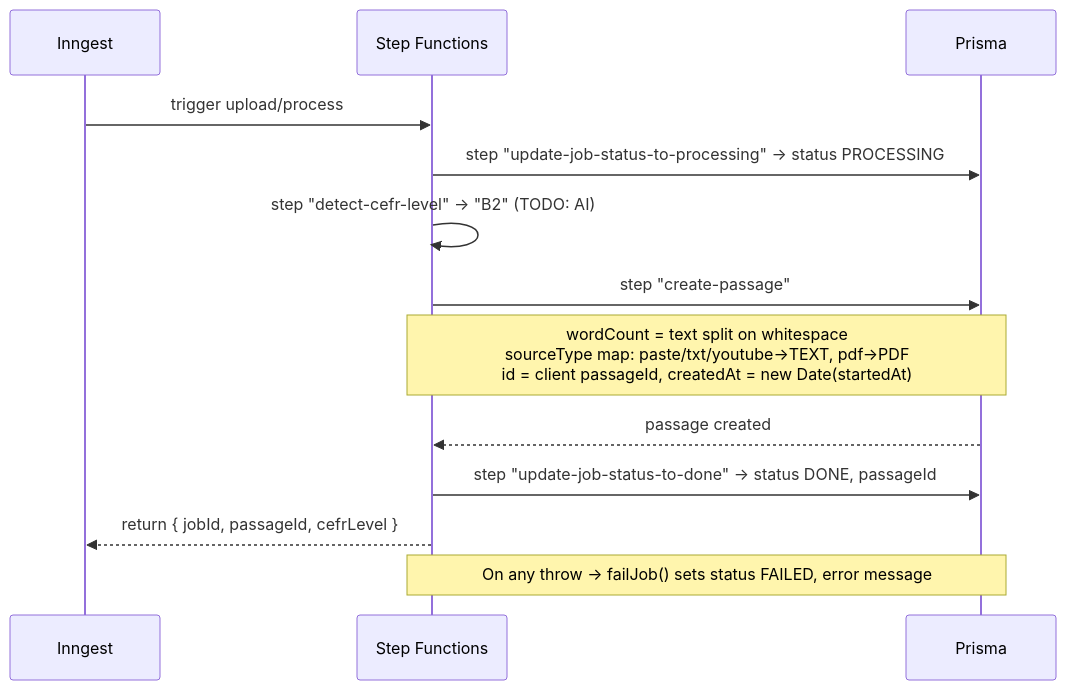
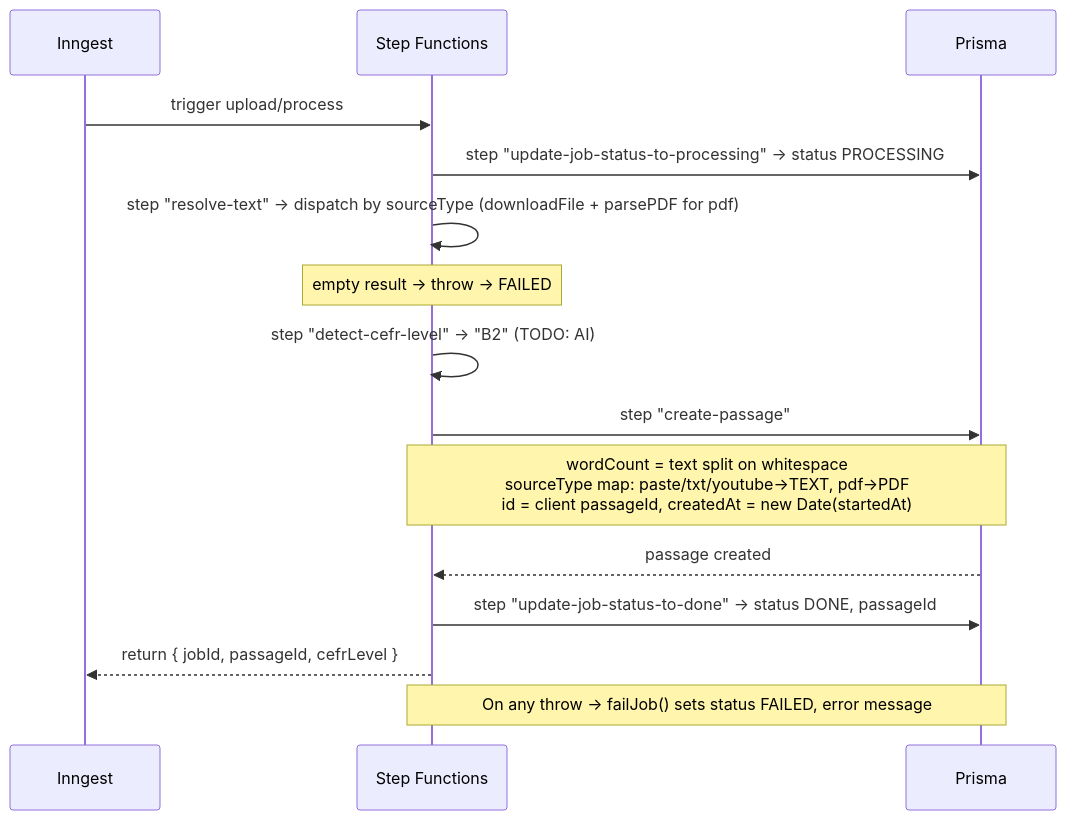
Before and after one commit to BoneTheDeveloper/ReadingPro: the third of 4 diagrams in docs/Flow/upload/upload-data-flow.md, drawn with Mermaid. The commit also changed other lines of this file and 28 other files, not shown here.

````diff
--- a/docs/Flow/upload/upload-data-flow.md
+++ b/docs/Flow/upload/upload-data-flow.md
@@ -96,20 +129,23 @@
 ```mermaid
 sequenceDiagram
     participant I as Inngest
     participant S as Step Functions
     participant P as Prisma
 
     I->>S: trigger upload/process
     S->>P: step "update-job-status-to-processing" → status PROCESSING
+
+    S->>S: step "resolve-text" → dispatch by sourceType (downloadFile + parsePDF for pdf)
+    Note over S: empty result → throw → FAILED
 
     S->>S: step "detect-cefr-level" → "B2" (TODO: AI)
 
     S->>P: step "create-passage"
     Note over S,P: wordCount = text split on whitespace<br/>sourceType map: paste/txt/youtube→TEXT, pdf→PDF<br/>id = client passageId, createdAt = new Date(startedAt)
     P-->>S: passage created
 
     S->>P: step "update-job-status-to-done" → status DONE, passageId
     S-->>I: return { jobId, passageId, cefrLevel }
 
     Note over S,P: On any throw → failJob() sets status FAILED, error message
 ```
````
